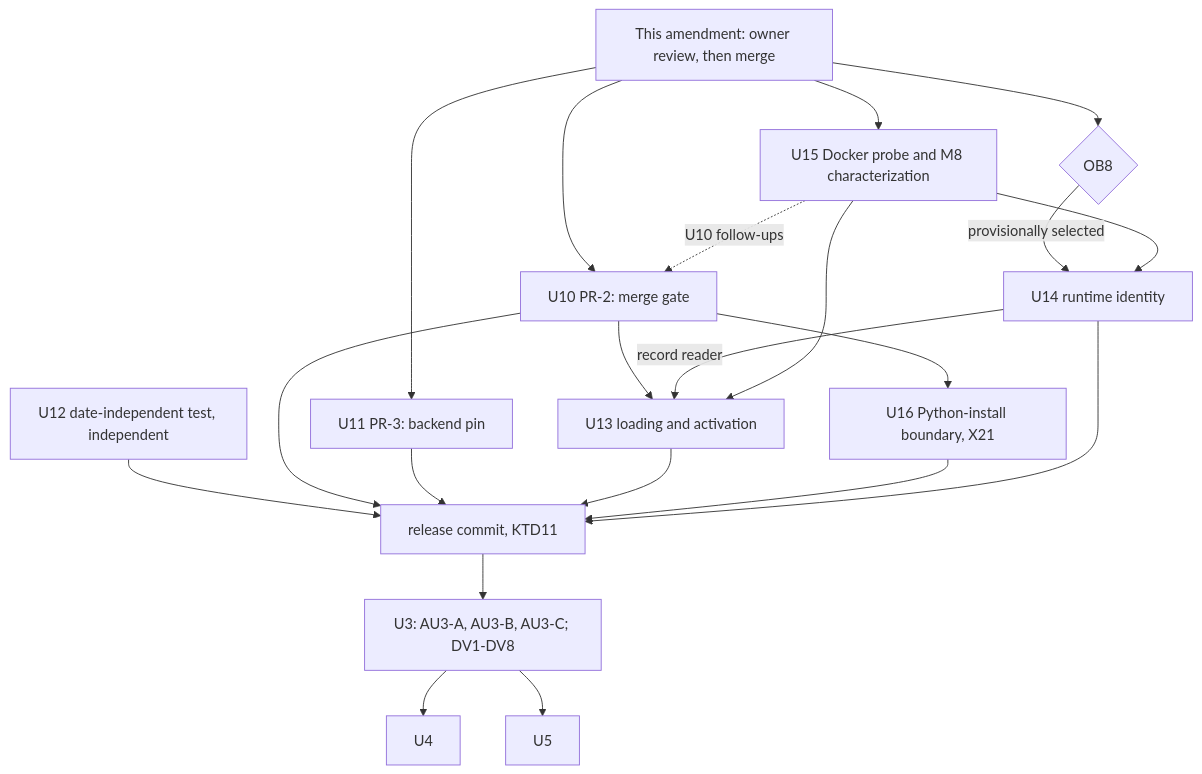
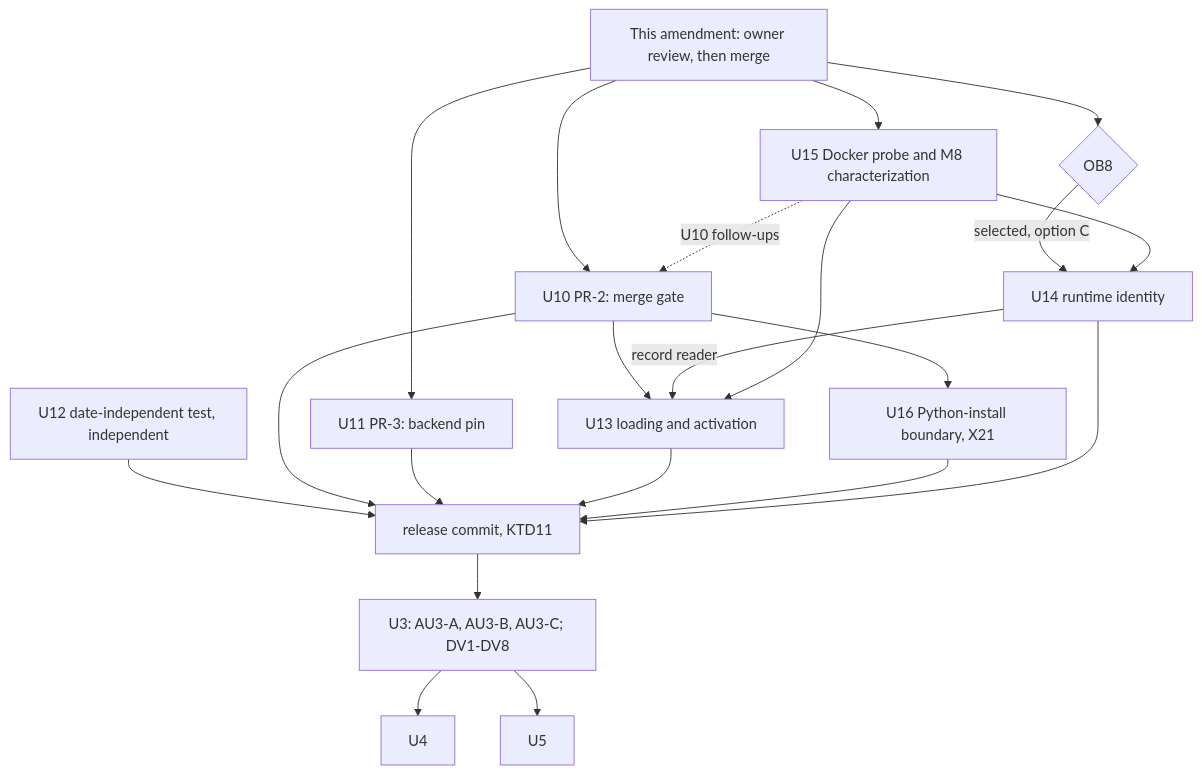
The second of 3 diagrams in docs/plans/2026-11-10-002-chore-b7-production-promotion-plan.md (riteshspisha/brand-abuse-sentinel), drawn with Mermaid before and after one commit. The commit also changed other lines of this file and 6 other files, not shown here.

````diff
--- a/docs/plans/2026-11-10-002-chore-b7-production-promotion-plan.md
+++ b/docs/plans/2026-11-10-002-chore-b7-production-promotion-plan.md
@@ -344,21 +349,21 @@
 ```mermaid
 flowchart TD
   U12[U12 date-independent test, independent]
   AM[This amendment: owner review, then merge]
   AM --> U10[U10 PR-2: merge gate]
   AM --> U11[U11 PR-3: backend pin]
   AM --> OB8{OB8}
-  OB8 -->|provisionally selected| U14[U14 runtime identity]
+  OB8 -->|selected, option C| U14[U14 runtime identity]
   U10 --> U13[U13 loading and activation]
   U14 -->|record reader| U13
   AM --> U15[U15 Docker probe and M8 characterization]
   U15 -.U10 follow-ups.-> U10
   U15 --> U14
   U15 --> U13
   U10 --> U16[U16 Python-install boundary, X21]
   U12 & U10 & U11 & U13 & U16 --> RC[release commit, KTD11]
   U14 --> RC
   RC --> U3[U3: AU3-A, AU3-B, AU3-C; DV1-DV8]
   U3 --> U4
   U3 --> U5
 ```
````
